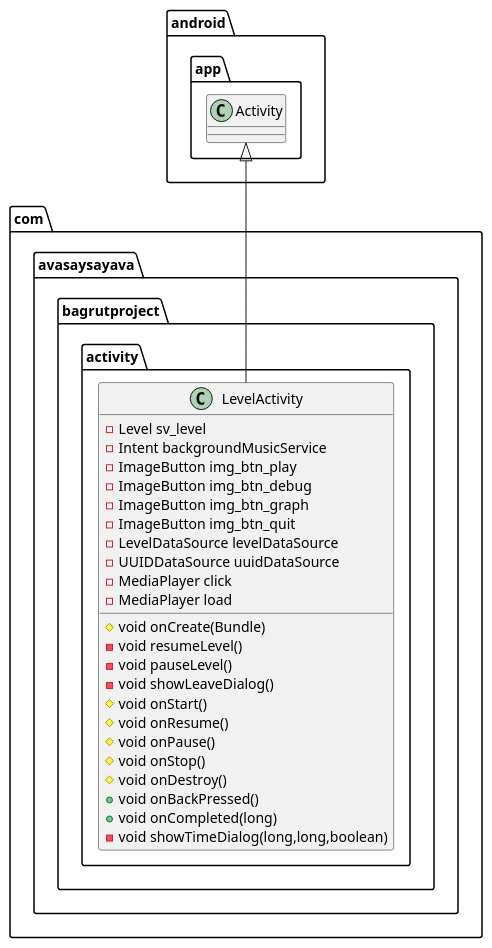
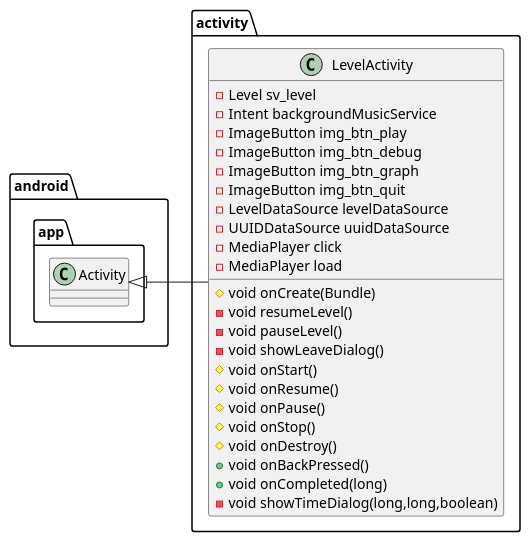
One commit to Avasay-Sayava/BagrutProject changed the diagram in ProjectApp/app/src/main/java/com/avasaysayava/bagrutproject/activity/LevelActivity.puml. Above: the diagram before and after it, drawn with PlantUML. The commit also changed 41 other files, not shown here.

```diff
--- a/ProjectApp/app/src/main/java/com/avasaysayava/bagrutproject/activity/LevelActivity.puml
+++ b/ProjectApp/app/src/main/java/com/avasaysayava/bagrutproject/activity/LevelActivity.puml
@@ -1,31 +1,31 @@
 @startuml
-class com.avasaysayava.bagrutproject.activity.LevelActivity {
+class activity.LevelActivity {
 - Level sv_level
 - Intent backgroundMusicService
 - ImageButton img_btn_play
 - ImageButton img_btn_debug
 - ImageButton img_btn_graph
 - ImageButton img_btn_quit
 - LevelDataSource levelDataSource
 - UUIDDataSource uuidDataSource
 - MediaPlayer click
 - MediaPlayer load
 # void onCreate(Bundle)
 - void resumeLevel()
 - void pauseLevel()
 - void showLeaveDialog()
 # void onStart()
 # void onResume()
 # void onPause()
 # void onStop()
 # void onDestroy()
 + void onBackPressed()
 + void onCompleted(long)
 - void showTimeDialog(long,long,boolean)
 }
 
 
 
 
-android.app.Activity <|-- com.avasaysayava.bagrutproject.activity.LevelActivity
+android.app.Activity <|- activity.LevelActivity
 @enduml
```
